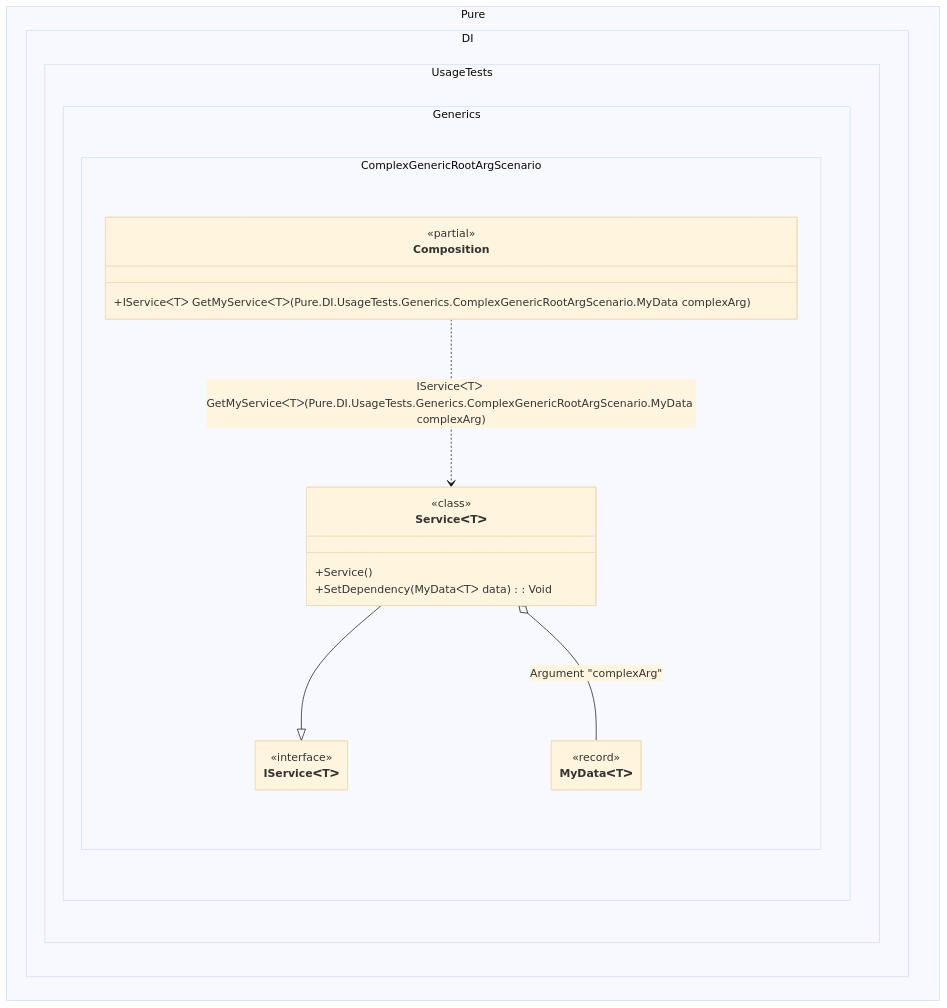
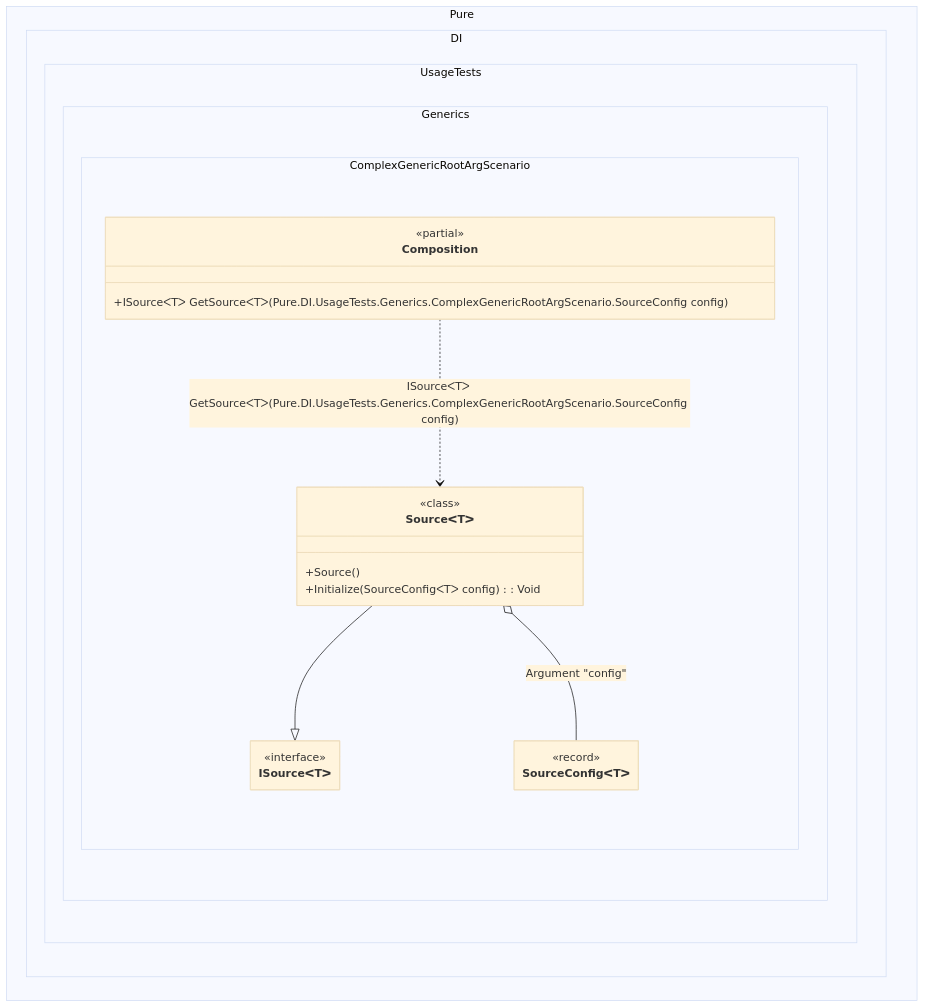
One commit to DevTeam/Pure.DI changed the diagram in readme/complex-generic-root-arguments.md. Above: the diagram before and after it, drawn with Mermaid (base theme). The commit also changed other lines of this file and 126 other files, not shown here.

````diff
--- a/readme/complex-generic-root-arguments.md
+++ b/readme/complex-generic-root-arguments.md
@@ -102,30 +120,30 @@
 ```mermaid
 ---
  config:
   maxTextSize: 2147483647
   maxEdges: 2147483647
   class:
    hideEmptyMembersBox: true
 ---
 classDiagram
-	ServiceᐸTᐳ --|> IServiceᐸTᐳ
-	Composition ..> ServiceᐸTᐳ : IServiceᐸTᐳ GetMyServiceᐸTᐳ(Pure.DI.UsageTests.Generics.ComplexGenericRootArgScenario.MyData<T> complexArg)
-	ServiceᐸTᐳ o-- MyDataᐸTᐳ : Argument "complexArg"
+	SourceᐸTᐳ --|> ISourceᐸTᐳ
+	Composition ..> SourceᐸTᐳ : ISourceᐸTᐳ GetSourceᐸTᐳ(Pure.DI.UsageTests.Generics.ComplexGenericRootArgScenario.SourceConfig<T> config)
+	SourceᐸTᐳ o-- SourceConfigᐸTᐳ : Argument "config"
 	namespace Pure.DI.UsageTests.Generics.ComplexGenericRootArgScenario {
 		class Composition {
 		<<partial>>
-		+IServiceᐸTᐳ GetMyServiceᐸTᐳ(Pure.DI.UsageTests.Generics.ComplexGenericRootArgScenario.MyData<T> complexArg)
+		+ISourceᐸTᐳ GetSourceᐸTᐳ(Pure.DI.UsageTests.Generics.ComplexGenericRootArgScenario.SourceConfig<T> config)
 		}
-		class IServiceᐸTᐳ {
+		class ISourceᐸTᐳ {
 			<<interface>>
 		}
-		class MyDataᐸTᐳ {
+		class SourceConfigᐸTᐳ {
 				<<record>>
 		}
-		class ServiceᐸTᐳ {
+		class SourceᐸTᐳ {
 				<<class>>
-			+Service()
-			+SetDependency(MyDataᐸTᐳ data) : Void
+			+Source()
+			+Initialize(SourceConfigᐸTᐳ config) : Void
 		}
 	}
 ```
````
